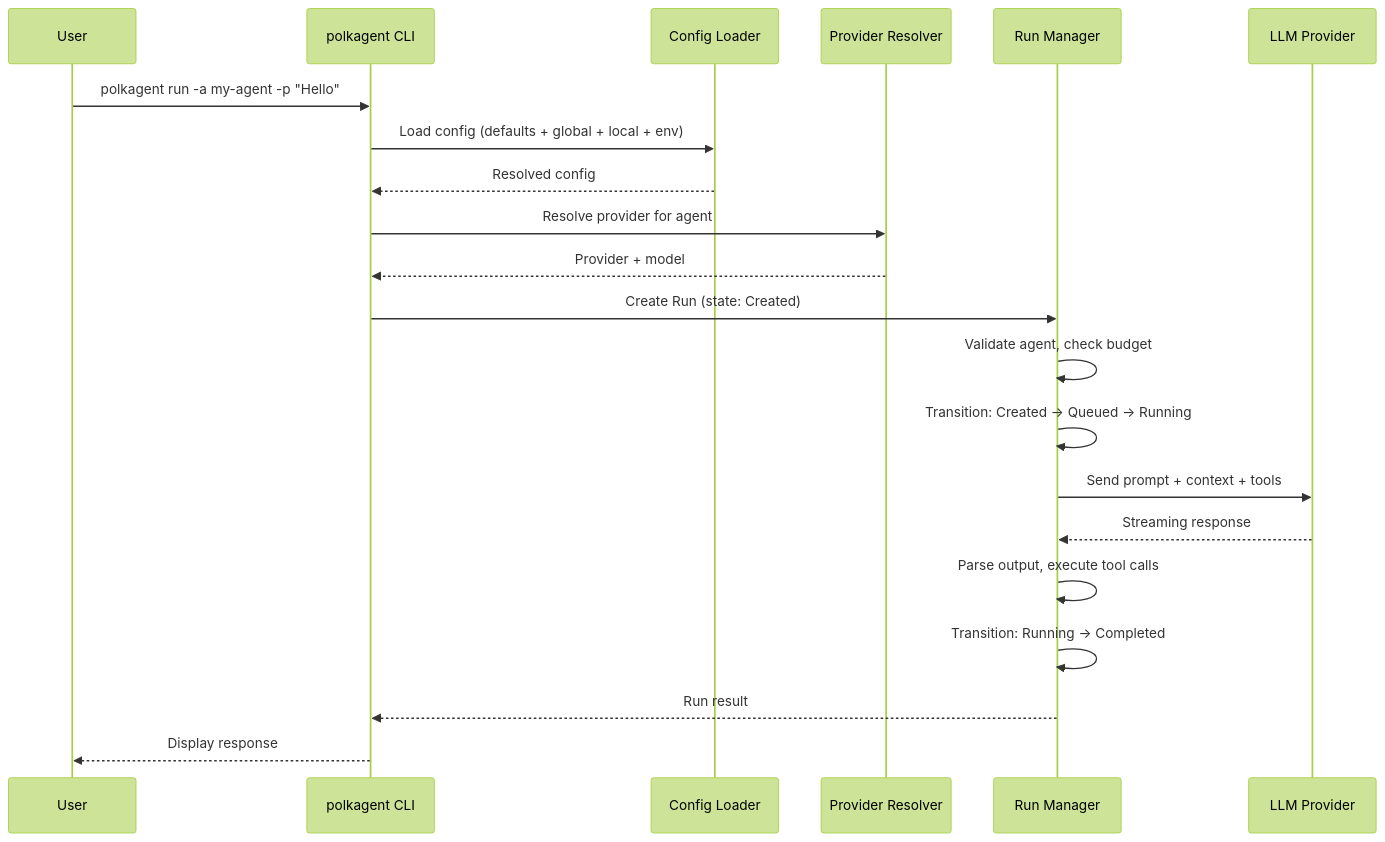
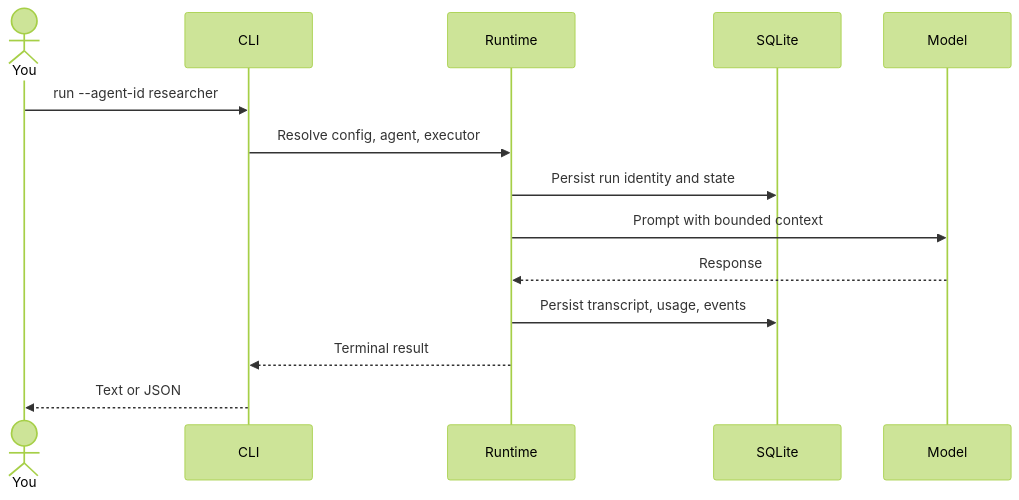
Before and after one commit to wpank/polkagent: the third of 4 diagrams in docs/getting-started.md, drawn with Mermaid (forest theme). The commit also changed other lines of this file and 18 other files, not shown here.

````diff
--- a/docs/getting-started.md
+++ b/docs/getting-started.md
@@ -103,24 +238,17 @@
 ```mermaid
 sequenceDiagram
-    participant U as User
-    participant CLI as polkagent CLI
-    participant CFG as Config Loader
-    participant PR as Provider Resolver
-    participant RM as Run Manager
-    participant LLM as LLM Provider
+    actor You
+    participant CLI
+    participant Runtime
+    participant SQLite
+    participant Model
 
-    U->>CLI: polkagent run -a my-agent -p "Hello"
-    CLI->>CFG: Load config (defaults + global + local + env)
-    CFG-->>CLI: Resolved config
-    CLI->>PR: Resolve provider for agent
-    PR-->>CLI: Provider + model
-    CLI->>RM: Create Run (state: Created)
-    RM->>RM: Validate agent, check budget
-    RM->>RM: Transition: Created → Queued → Running
-    RM->>LLM: Send prompt + context + tools
-    LLM-->>RM: Streaming response
-    RM->>RM: Parse output, execute tool calls
-    RM->>RM: Transition: Running → Completed
-    RM-->>CLI: Run result
-    CLI-->>U: Display response
+    You->>CLI: run --agent-id researcher
+    CLI->>Runtime: Resolve config, agent, executor
+    Runtime->>SQLite: Persist run identity and state
+    Runtime->>Model: Prompt with bounded context
+    Model-->>Runtime: Response
+    Runtime->>SQLite: Persist transcript, usage, events
+    Runtime-->>CLI: Terminal result
+    CLI-->>You: Text or JSON
 ```
````
